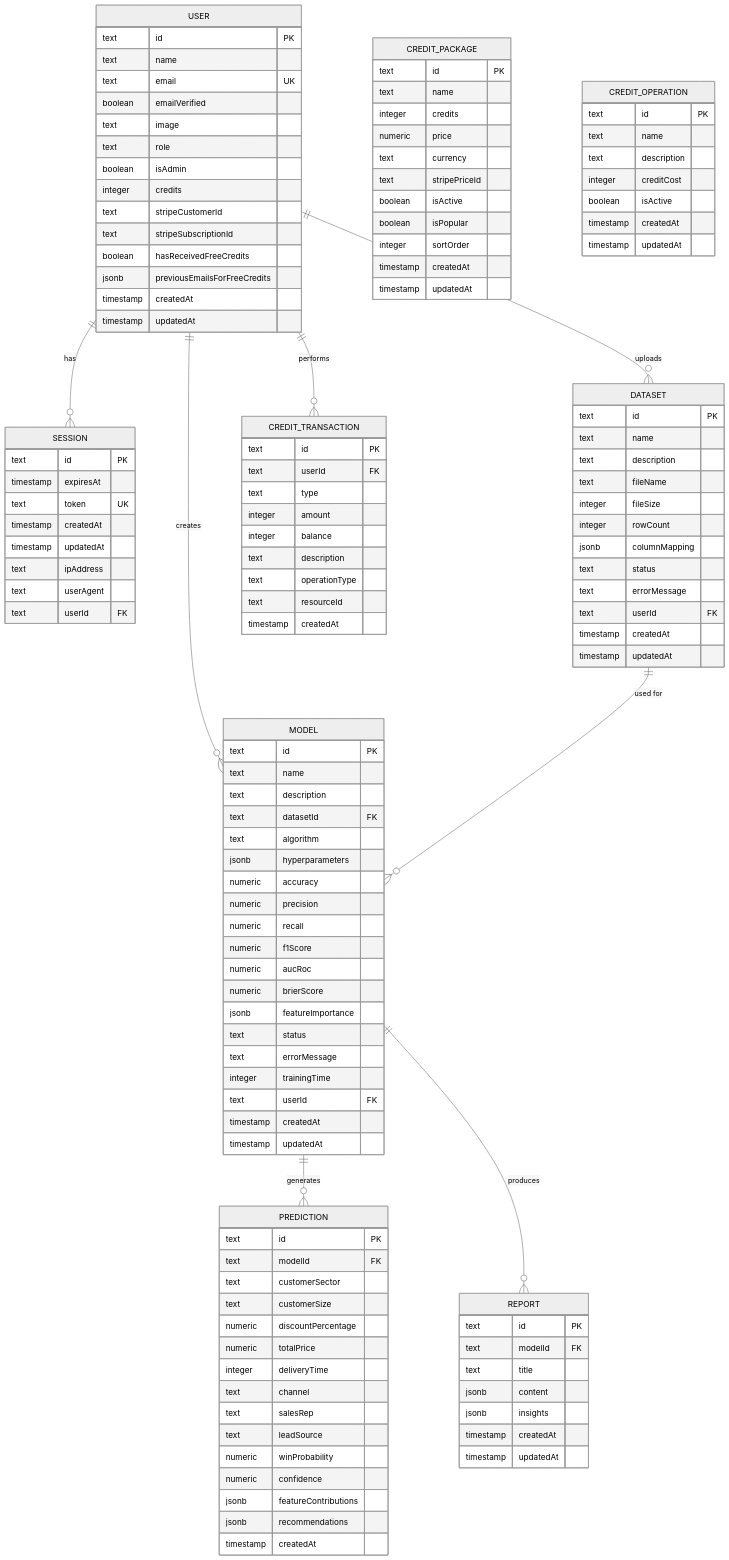
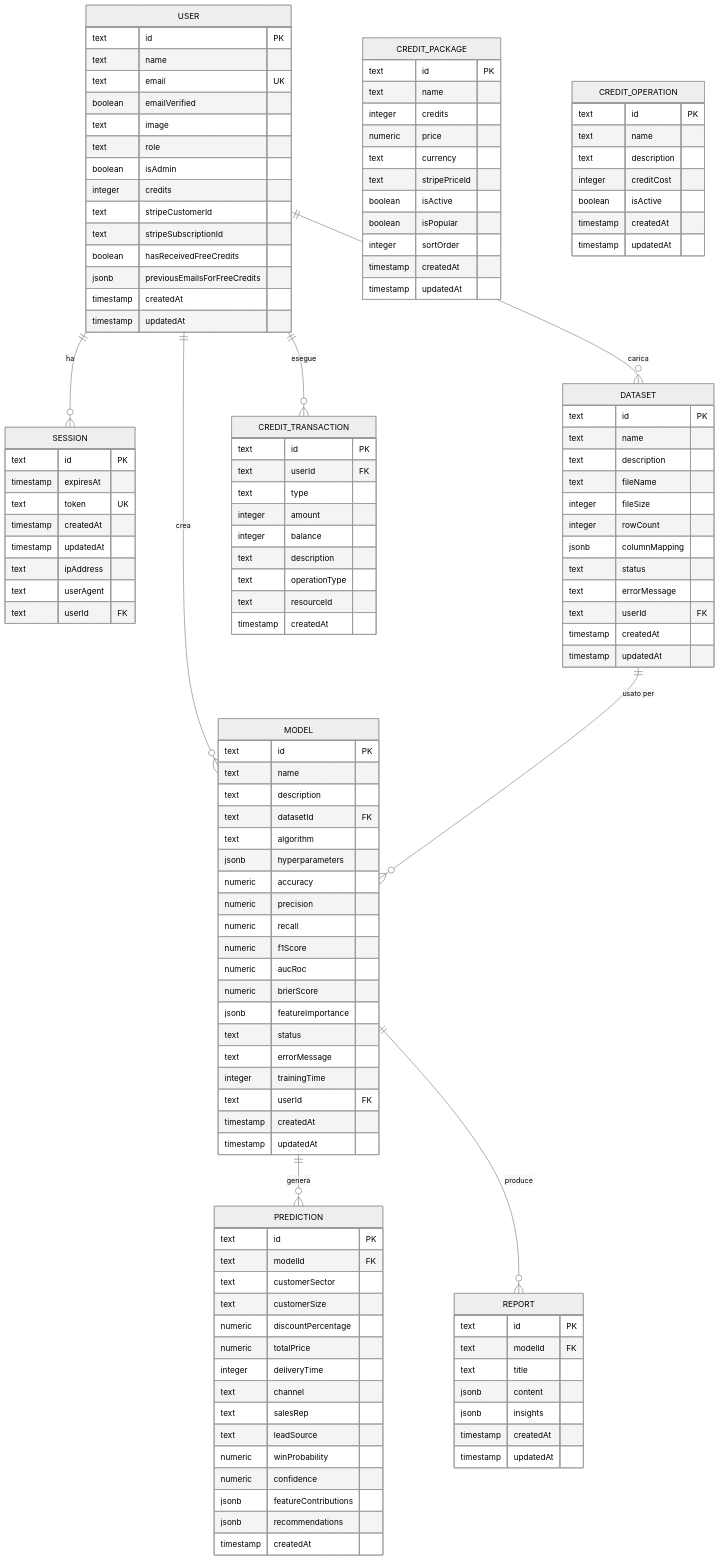
The fourth of 11 diagrams in ValutAI Tech Summary.md (rosariomoscato/ValutAI), drawn with Mermaid (neutral theme) before and after one commit. The commit also changed other lines of this file and 3 other files, not shown here.

````diff
--- a/ValutAI Tech Summary.md
+++ b/ValutAI Tech Summary.md
@@ -314,11 +314,11 @@
         timestamp updatedAt
     }
     
-    USER ||--o{ SESSION : "has"
-    USER ||--o{ DATASET : "uploads"
-    USER ||--o{ MODEL : "creates"
-    USER ||--o{ CREDIT_TRANSACTION : "performs"
-    DATASET ||--o{ MODEL : "used for"
-    MODEL ||--o{ PREDICTION : "generates"
-    MODEL ||--o{ REPORT : "produces"
+    USER ||--o{ SESSION : "ha"
+    USER ||--o{ DATASET : "carica"
+    USER ||--o{ MODEL : "crea"
+    USER ||--o{ CREDIT_TRANSACTION : "esegue"
+    DATASET ||--o{ MODEL : "usato per"
+    MODEL ||--o{ PREDICTION : "genera"
+    MODEL ||--o{ REPORT : "produce"
 ```
````
